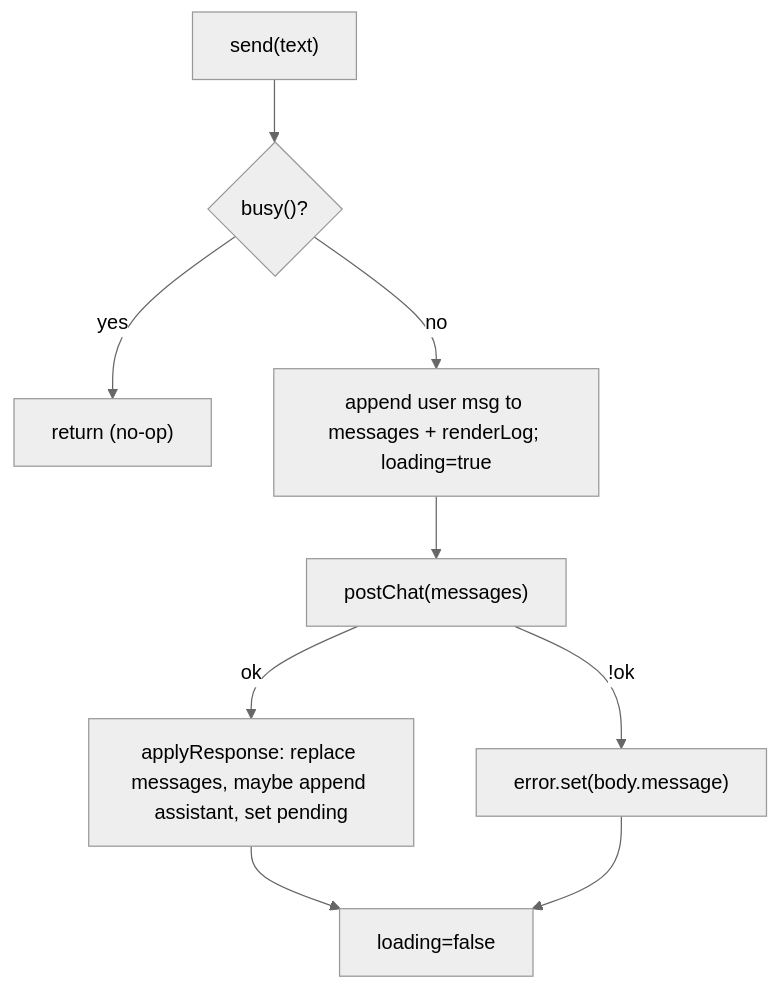
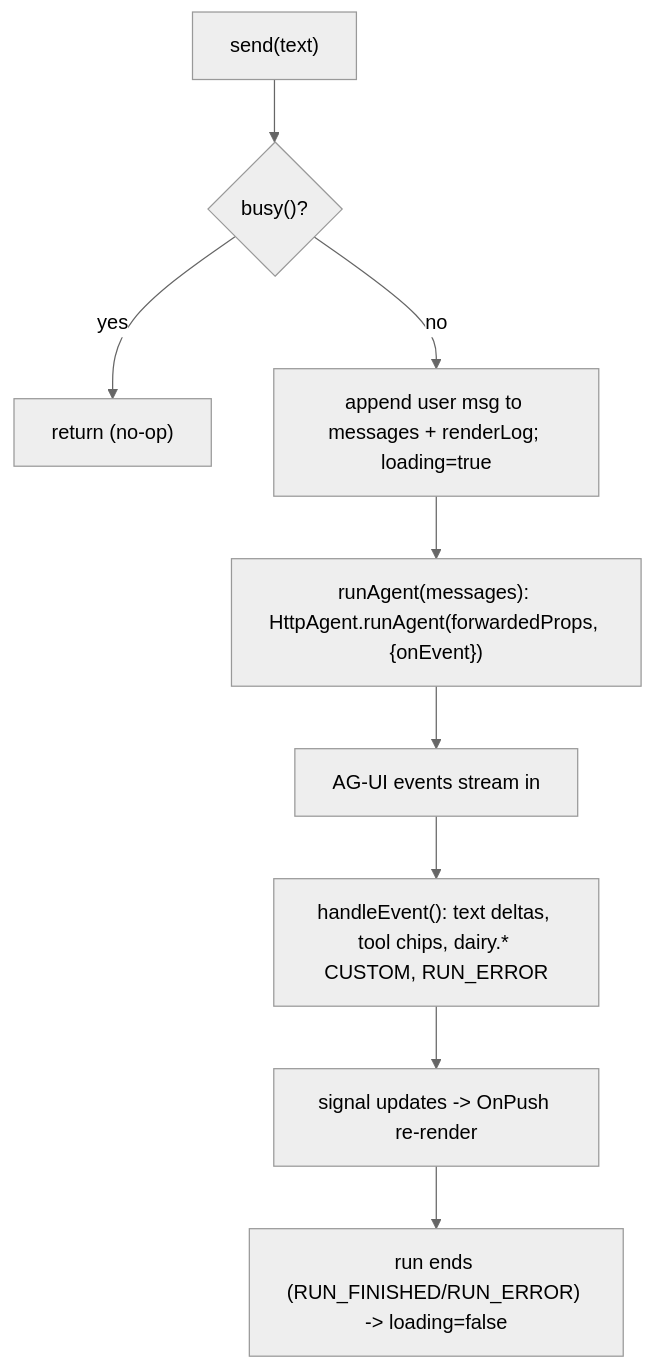
The diagram in docs/ANGULAR_PORT.md (i-adnanali/dairy-agent), drawn with Mermaid (neutral theme) before and after one commit. The commit also changed other lines of this file and 3 other files, not shown here.

First line of the commit message:
docs: fix architecture drift; remove stray artifacts

````diff
--- a/docs/ANGULAR_PORT.md
+++ b/docs/ANGULAR_PORT.md
@@ -52,11 +68,11 @@
 ```mermaid
 flowchart TD
     Send["send(text)"] --> Busy{"busy()?"}
     Busy -- "yes" --> Noop["return (no-op)"]
     Busy -- "no" --> Optim["append user msg to messages + renderLog; loading=true"]
-    Optim --> Post["postChat(messages)"]
-    Post -- "ok" --> Apply["applyResponse: replace messages, maybe append assistant, set pending"]
-    Post -- "!ok" --> Err["error.set(body.message)"]
-    Apply --> Done["loading=false"]
-    Err --> Done
+    Optim --> Run["runAgent(messages): HttpAgent.runAgent(forwardedProps, {onEvent})"]
+    Run --> Stream["AG-UI events stream in"]
+    Stream --> Handle["handleEvent(): text deltas, tool chips, dairy.* CUSTOM, RUN_ERROR"]
+    Handle --> Signals["signal updates -> OnPush re-render"]
+    Signals --> Done["run ends (RUN_FINISHED/RUN_ERROR) -> loading=false"]
 ```
````
